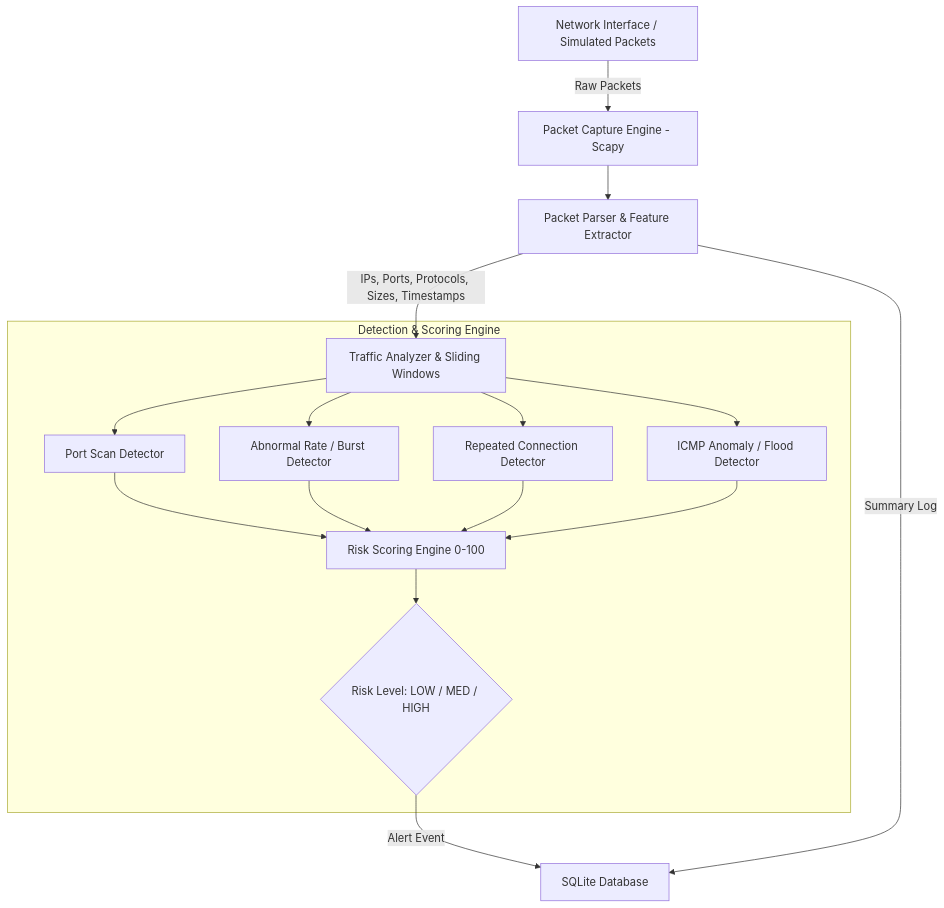
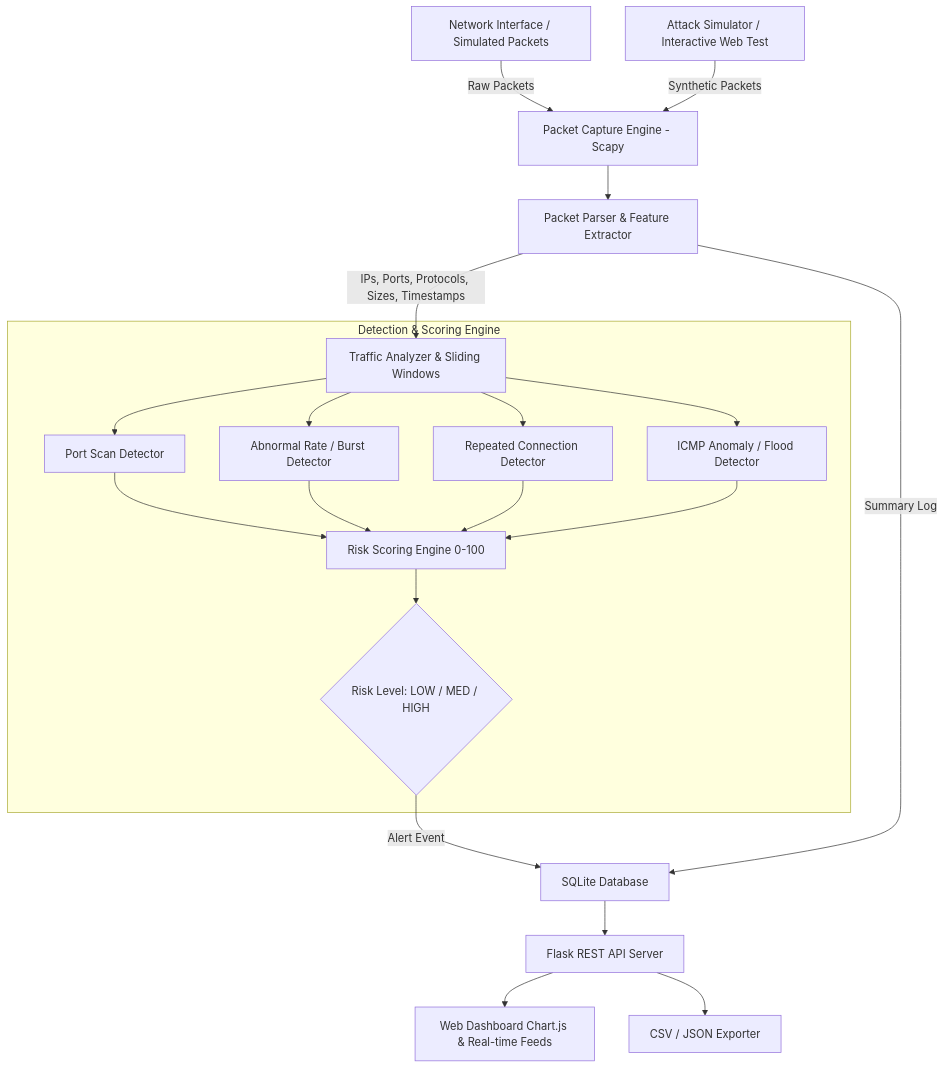
Before and after one commit to prai-10/intrusion-detection-system: the diagram in README.md, drawn with Mermaid. The commit also changed other lines of this file and 8 other files, not shown here.

Commit message:
feat: complete Part 3 and Part 4 (Web Dashboard, Chart.js, Simulator, Exporters)

````diff
--- a/README.md
+++ b/README.md
@@ -11,18 +11,23 @@
 ```mermaid
 flowchart TD
     A[Network Interface / Simulated Packets] -->|Raw Packets| B[Packet Capture Engine - Scapy]
+    SIM[Attack Simulator / Interactive Web Test] -->|Synthetic Packets| B
     B --> C[Packet Parser & Feature Extractor]
     C -->|IPs, Ports, Protocols, Sizes, Timestamps| D[Traffic Analyzer & Sliding Windows]
     
     subgraph Detection & Scoring Engine
         D --> E1[Port Scan Detector]
         D --> E2[Abnormal Rate / Burst Detector]
         D --> E3[Repeated Connection Detector]
         D --> E4[ICMP Anomaly / Flood Detector]
         E1 & E2 & E3 & E4 --> F[Risk Scoring Engine 0-100]
         F --> G{Risk Level: LOW / MED / HIGH}
     end
 
     G -->|Alert Event| H[SQLite Database]
     C -->|Summary Log| H
+
+    H --> I[Flask REST API Server]
+    I --> J[Web Dashboard Chart.js & Real-time Feeds]
+    I --> K[CSV / JSON Exporter]
 ```
````
